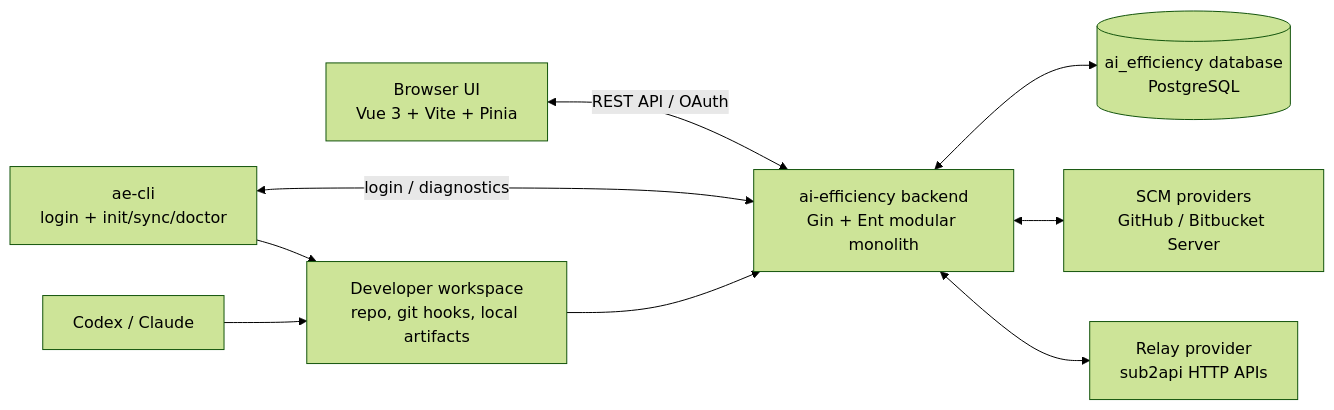
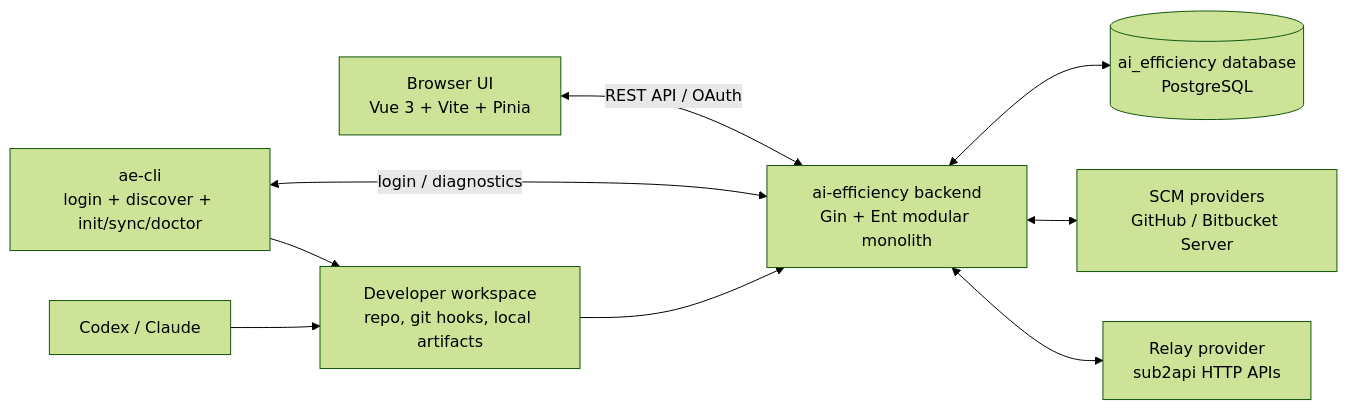
Before and after one commit to LichKing-2234/ai-efficiency: the first of 4 diagrams in docs/architecture.md, drawn with Mermaid (forest theme). The commit also changed other lines of this file and 13 other files, not shown here.

````diff
--- a/docs/architecture.md
+++ b/docs/architecture.md
@@ -28,20 +29,20 @@
 ```mermaid
 flowchart LR
     Browser["Browser UI<br/>Vue 3 + Vite + Pinia"]
-    CLI["ae-cli<br/>login + init/sync/doctor"]
+    CLI["ae-cli<br/>login + discover + init/sync/doctor"]
     Tool["Codex / Claude"]
     Backend["ai-efficiency backend<br/>Gin + Ent modular monolith"]
     DB[("ai_efficiency database<br/>PostgreSQL")]
     SCM["SCM providers<br/>GitHub / Bitbucket Server"]
     Relay["Relay provider<br/>sub2api HTTP APIs"]
     Workspace["Developer workspace<br/>repo, git hooks, local artifacts"]
 
     Browser <-->|REST API / OAuth| Backend
     CLI <-->|login / diagnostics| Backend
     CLI --> Workspace
     Tool --> Workspace
     Workspace --> Backend
     Backend <--> DB
     Backend <--> SCM
     Backend <--> Relay
 ```
````
